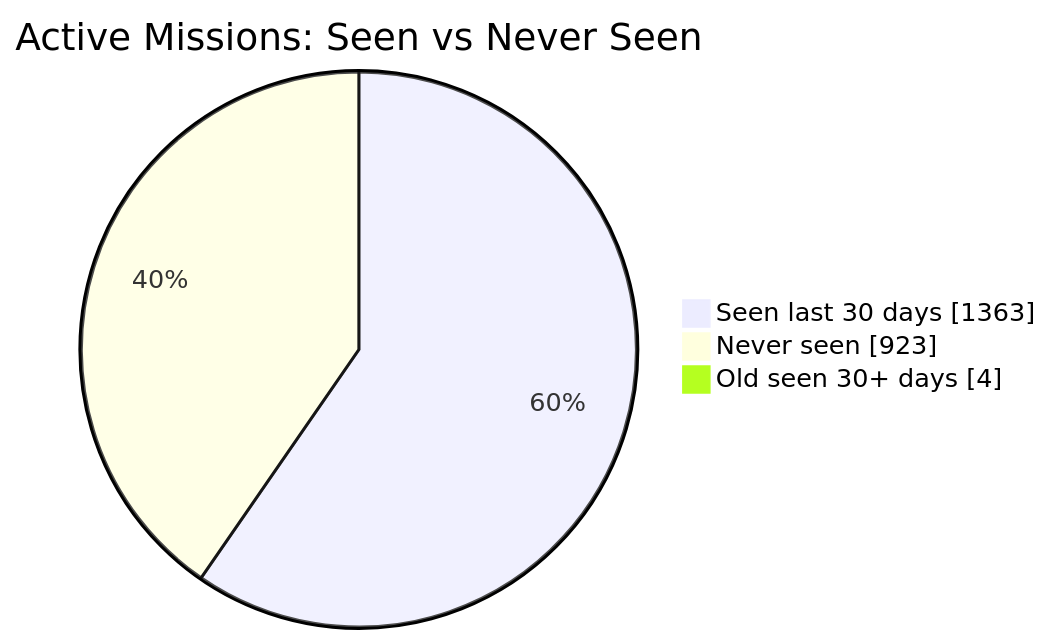
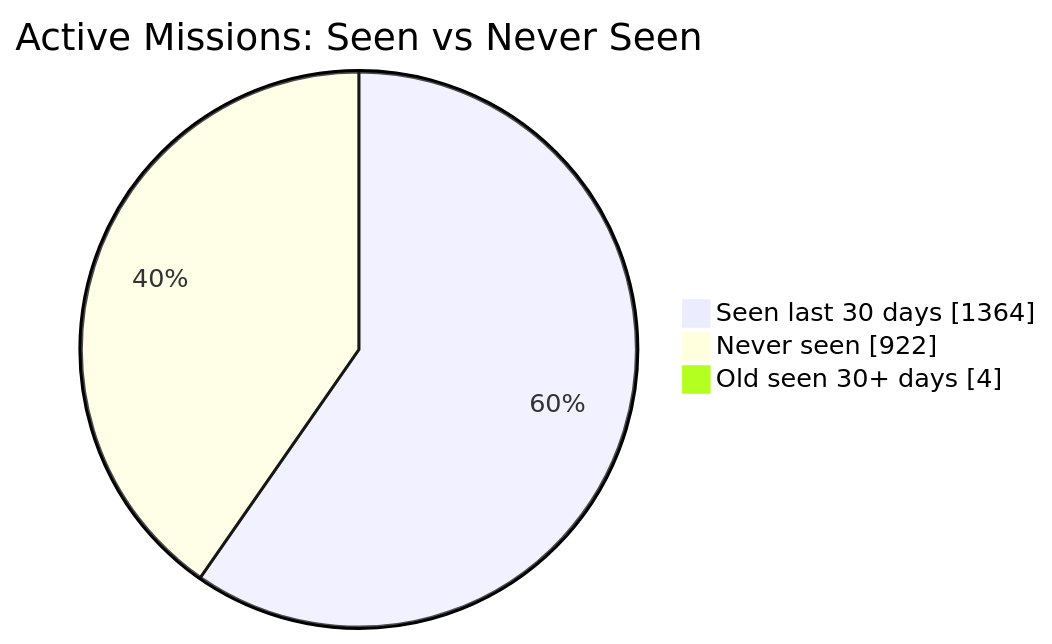
The first of 2 diagrams in README.md (MeldkamerspelGameTeam/active-missions), drawn with Mermaid before and after one commit. The commit also changed other lines of this file and 2 other files, not shown here.

````diff
--- a/README.md
+++ b/README.md
@@ -34,7 +34,7 @@
 ```mermaid
 pie showData
     title Active Missions: Seen vs Never Seen
-    "Seen last 30 days" : 1363
-    "Never seen" : 923
+    "Seen last 30 days" : 1364
+    "Never seen" : 922
     "Old seen 30+ days" : 4
 ```
````
